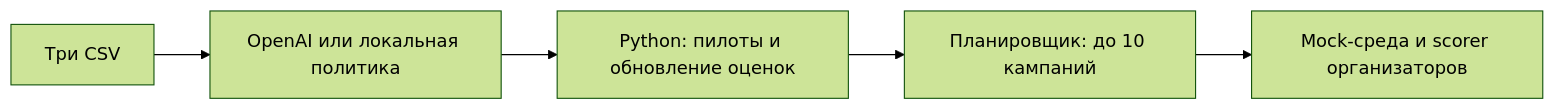
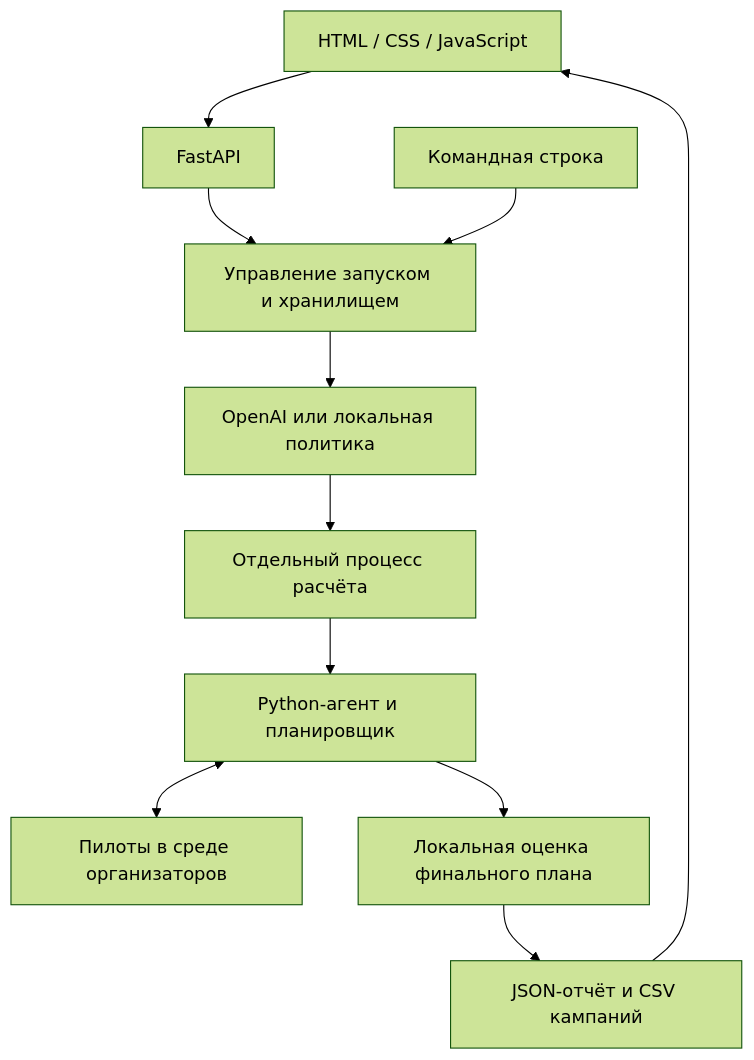
Before and after one commit to BAITC-Hacks/hack-9a0622c5-huita: the diagram in README.md, drawn with Mermaid (forest theme). The commit also changed other lines of this file, not shown here.

````diff
--- a/README.md
+++ b/README.md
@@ -7,7 +62,13 @@
 ```mermaid
-flowchart LR
-    Data[Три CSV] --> Policy[OpenAI или локальная политика]
-    Policy --> Pilots[Python: пилоты и обновление оценок]
-    Pilots --> Plan[Планировщик: до 10 кампаний]
-    Plan --> Score[Mock-среда и scorer организаторов]
+flowchart TD
+    UI[HTML / CSS / JavaScript] --> API[FastAPI]
+    API --> App[Управление запуском и хранилищем]
+    CLI[Командная строка] --> App
+    App --> Policy[OpenAI или локальная политика]
+    Policy --> Worker[Отдельный процесс расчёта]
+    Worker --> Agent[Python-агент и планировщик]
+    Agent <--> Env[Пилоты в среде организаторов]
+    Agent --> Scorer[Локальная оценка финального плана]
+    Scorer --> Report[JSON-отчёт и CSV кампаний]
+    Report --> UI
 ```
````
